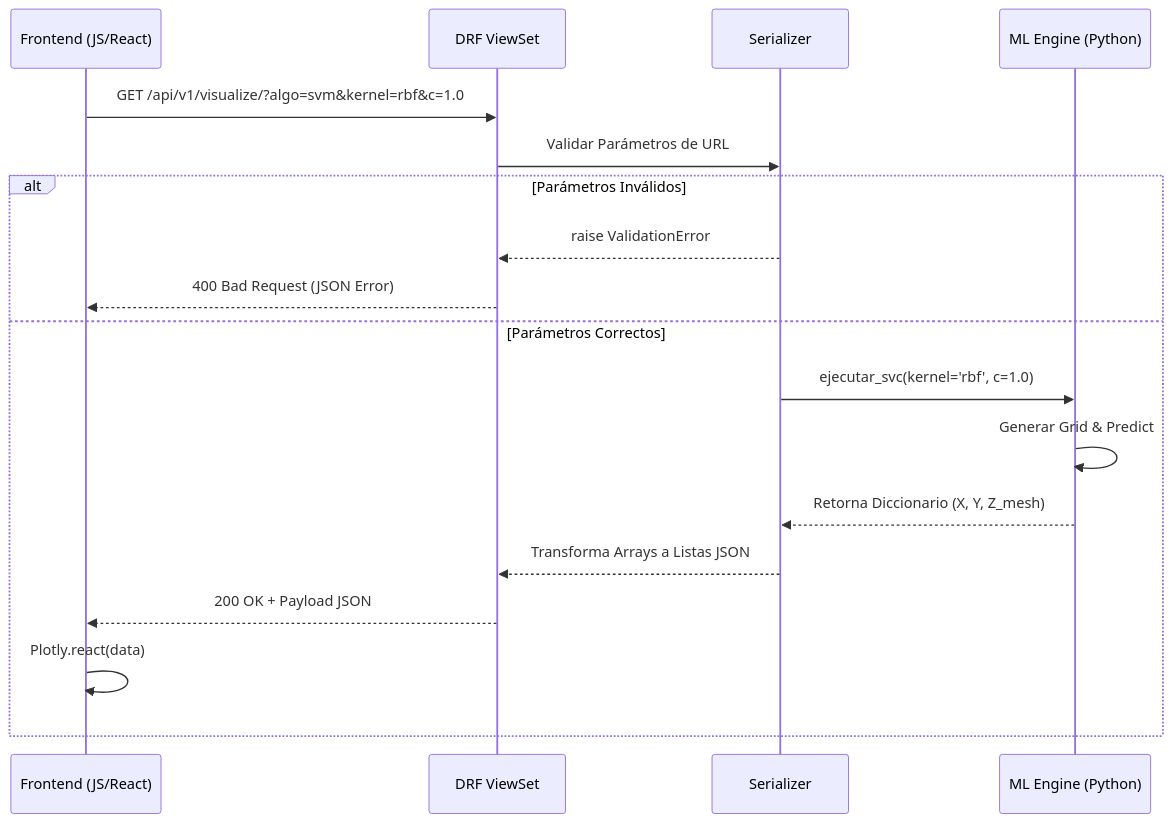
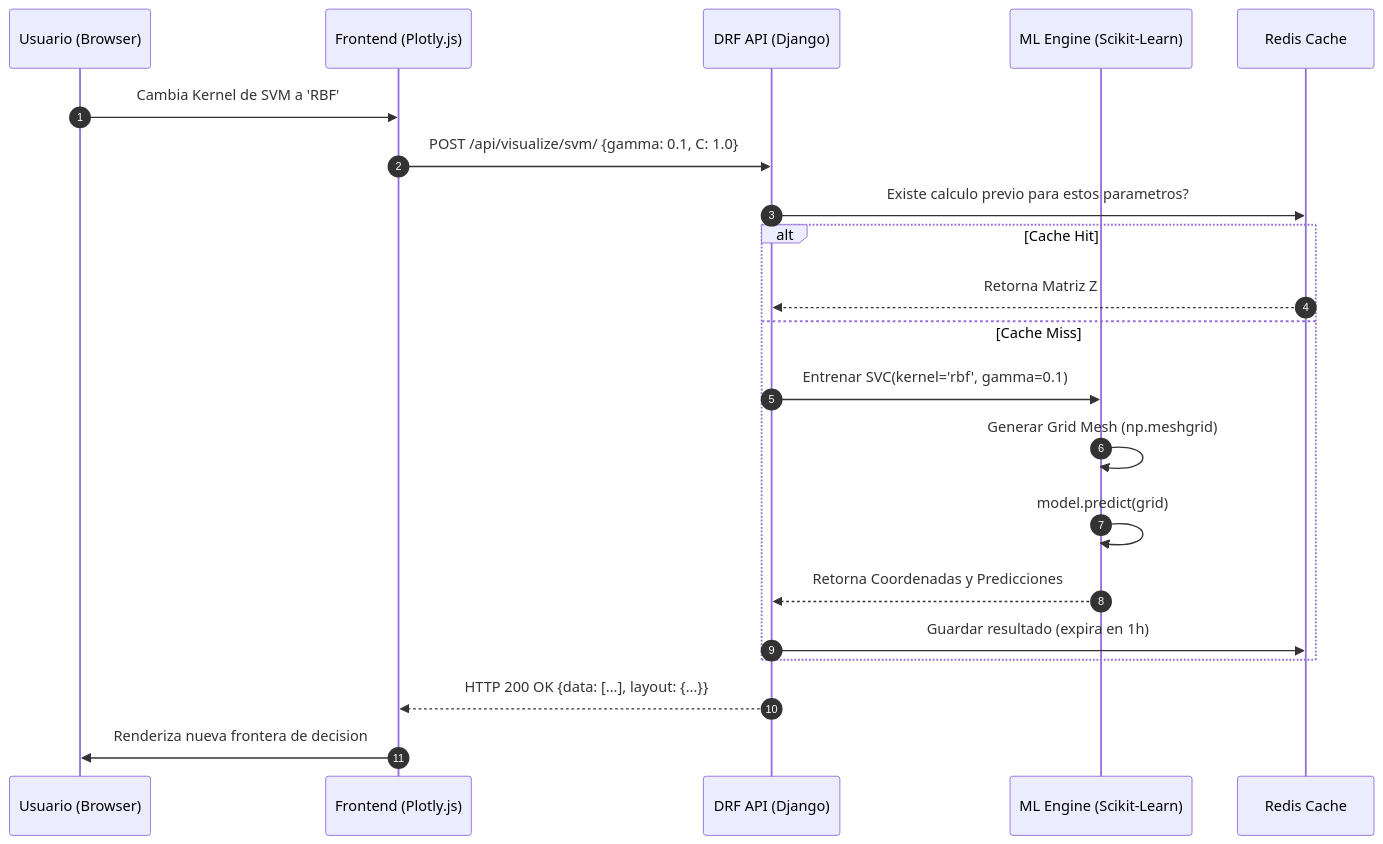
One commit to OsmarLoeraOrtiz/AlgoritmosAI changed the fourth of 4 diagrams in README.md. Above: the diagram before and after it, drawn with Mermaid. The commit also changed other lines of this file, not shown here.

First line of the commit message:
Revise README for ML Visualizer architecture and diagrams

````diff
--- a/README.md
+++ b/README.md
@@ -52,21 +74,26 @@
 ```mermaid
 sequenceDiagram
-    participant FE as Frontend (JS/React)
-    participant API as DRF ViewSet
-    participant SER as Serializer
-    participant ML as ML Engine (Python)
+    autonumber
+    participant U as Usuario (Browser)
+    participant F as Frontend (Plotly.js)
+    participant A as DRF API (Django)
+    participant E as ML Engine (Scikit-Learn)
+    participant C as Redis Cache
 
-    FE->>API: GET /api/v1/visualize/?algo=svm&kernel=rbf&c=1.0
-    API->>SER: Validar Parámetros de URL
-    alt Parámetros Inválidos
-        SER-->>API: raise ValidationError
-        API-->>FE: 400 Bad Request (JSON Error)
-    else Parámetros Correctos
-        SER->>ML: ejecutar_svc(kernel='rbf', c=1.0)
-        ML->>ML: Generar Grid & Predict
-        ML-->>SER: Retorna Diccionario (X, Y, Z_mesh)
-        SER-->>API: Transforma Arrays a Listas JSON
-        API-->>FE: 200 OK + Payload JSON
-        FE->>FE: Plotly.react(data)
+    U->>F: Cambia Kernel de SVM a 'RBF'
+    F->>A: POST /api/visualize/svm/ {gamma: 0.1, C: 1.0}
+
+    A->>C: Existe calculo previo para estos parametros?
+    alt Cache Hit
+        C-->>A: Retorna Matriz Z
+    else Cache Miss
+        A->>E: Entrenar SVC(kernel='rbf', gamma=0.1)
+        E->>E: Generar Grid Mesh (np.meshgrid)
+        E->>E: model.predict(grid)
+        E-->>A: Retorna Coordenadas y Predicciones
+        A->>C: Guardar resultado (expira en 1h)
     end
+
+    A-->>F: HTTP 200 OK {data: [...], layout: {...}}
+    F->>U: Renderiza nueva frontera de decision
 ```
````
